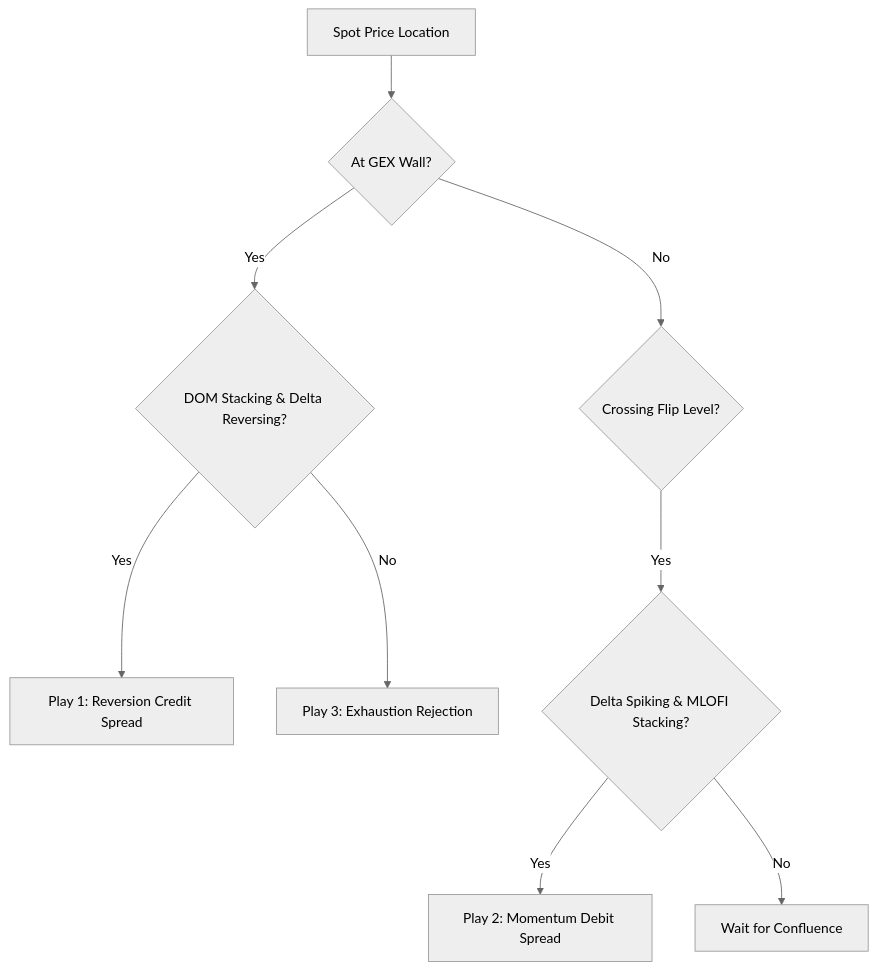
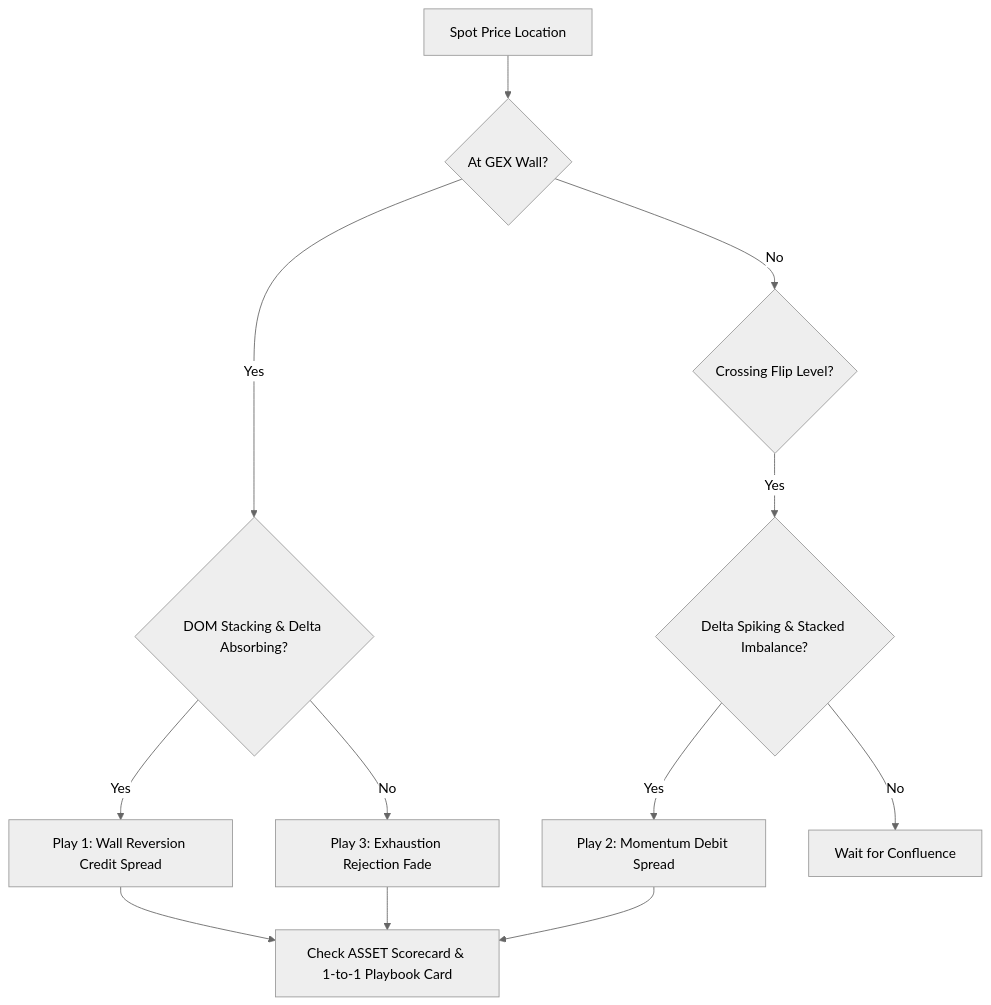
Before and after one commit to syao385/GammaGexTrading: the diagram in ORDER_FLOW_PLAYBOOK.md, drawn with Mermaid (neutral theme). The commit also changed other lines of this file and 21 other files, not shown here.

Commit message:
Release v2.0: Complete Order Flow Overlays, 1-to-1 Option Strategy Playbook, Options Backtester (4x leverage), Resilient Streaming, and Cumulative Living Documentation

````diff
--- a/ORDER_FLOW_PLAYBOOK.md
+++ b/ORDER_FLOW_PLAYBOOK.md
@@ -9,12 +21,16 @@
 ```mermaid
 graph TD
     Spot[Spot Price Location] --> GEX_Wall{At GEX Wall?}
-    GEX_Wall -- Yes --> L2_Depth{DOM Stacking & Delta Reversing?}
-    L2_Depth -- Yes --> Play1[Play 1: Reversion Credit Spread]
-    L2_Depth -- No --> Play3[Play 3: Exhaustion Rejection]
+    GEX_Wall -- Yes --> L2_Depth{DOM Stacking & Delta Absorbing?}
+    L2_Depth -- Yes --> Play1[Play 1: Wall Reversion Credit Spread]
+    L2_Depth -- No --> Play3[Play 3: Exhaustion Rejection Fade]
 
     GEX_Wall -- No --> GEX_Flip{Crossing Flip Level?}
-    GEX_Flip -- Yes --> Flow_Sweep{Delta Spiking & MLOFI Stacking?}
+    GEX_Flip -- Yes --> Flow_Sweep{Delta Spiking & Stacked Imbalance?}
     Flow_Sweep -- Yes --> Play2[Play 2: Momentum Debit Spread]
     Flow_Sweep -- No --> Wait[Wait for Confluence]
+
+    Play1 --> Confluence[Check ASSET Scorecard & 1-to-1 Playbook Card]
+    Play2 --> Confluence
+    Play3 --> Confluence
 ```
````
